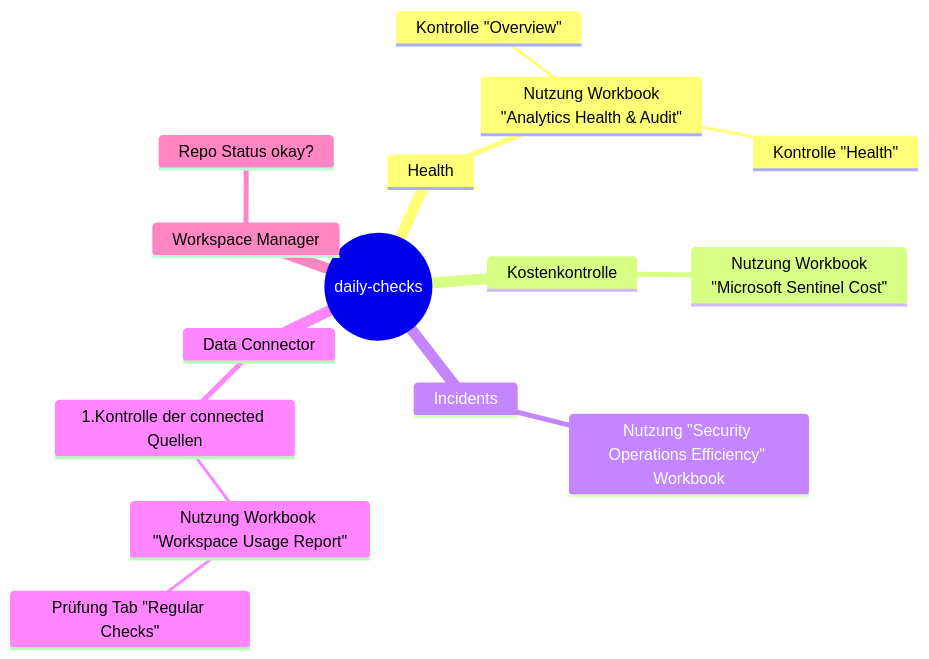
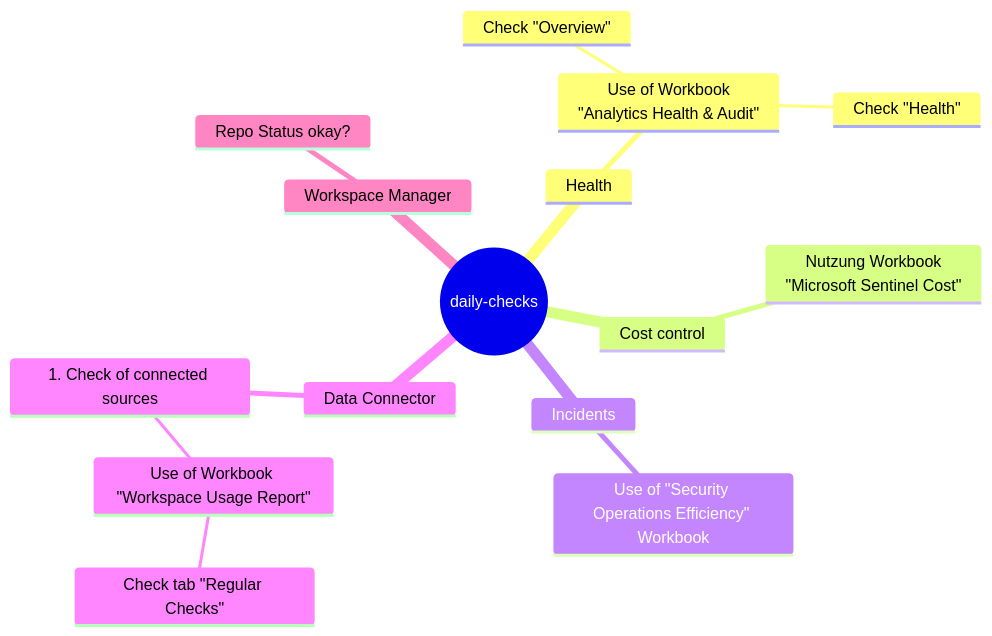
One commit to ShviamM/PNG- changed the diagram in soc1-l1-daily.md. Above: the diagram before and after it, drawn with Mermaid.

````diff
--- a/soc1-l1-daily.md
+++ b/soc1-l1-daily.md
@@ -10,18 +10,18 @@
 ```mermaid
 mindmap
   root((daily-checks))
     Health
-      Nutzung Workbook<br />"Analytics Health & Audit"
-        Kontrolle "Overview"
-        Kontrolle "Health"
-    Kostenkontrolle
+      Use of Workbook<br />"Analytics Health & Audit"
+        Check "Overview"
+        Check "Health"
+    Cost control
       Nutzung Workbook <br />"Microsoft Sentinel Cost"
     Incidents
-      Nutzung "Security Operations Efficiency" <br />Workbook
+      Use of "Security Operations Efficiency" <br />Workbook
     Data Connector
-      1.Kontrolle der connected Quellen
-          Nutzung Workbook "Workspace Usage Report"
-            Prüfung Tab "Regular Checks"
+      1. Check of connected sources
+          Use of Workbook "Workspace Usage Report"
+            Check tab "Regular Checks"
     Workspace Manager
       Repo Status okay?
 ```
````
